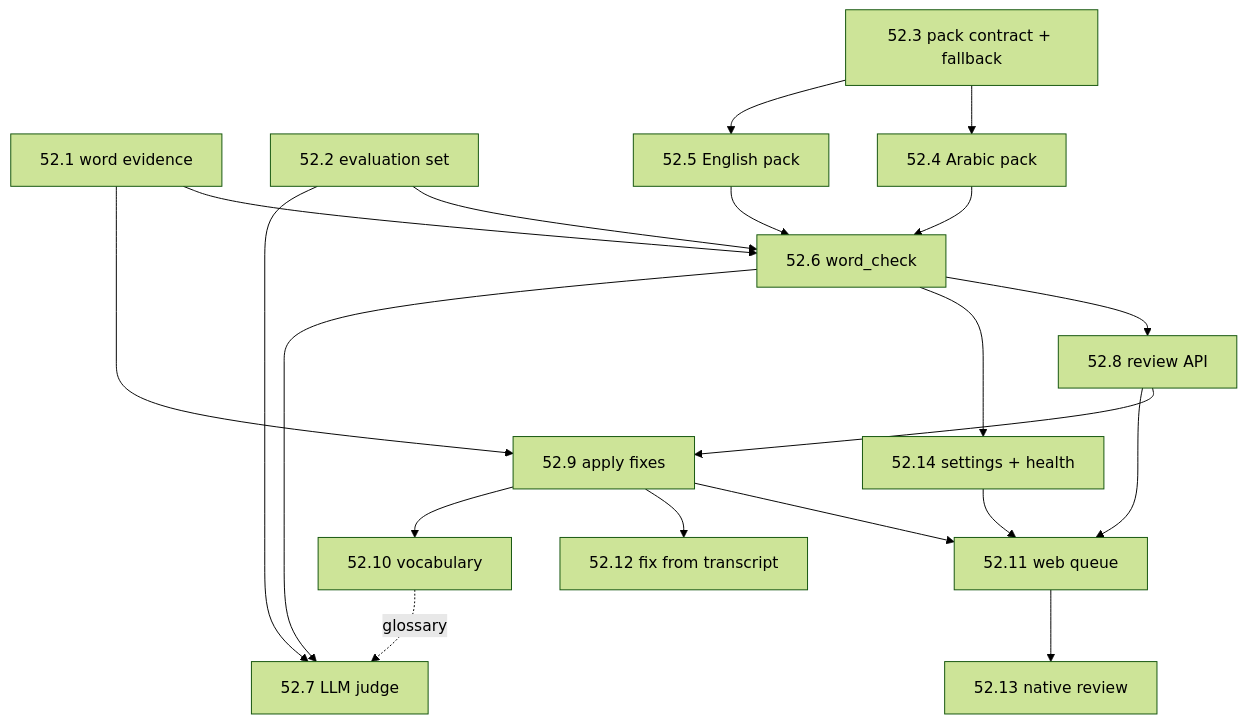
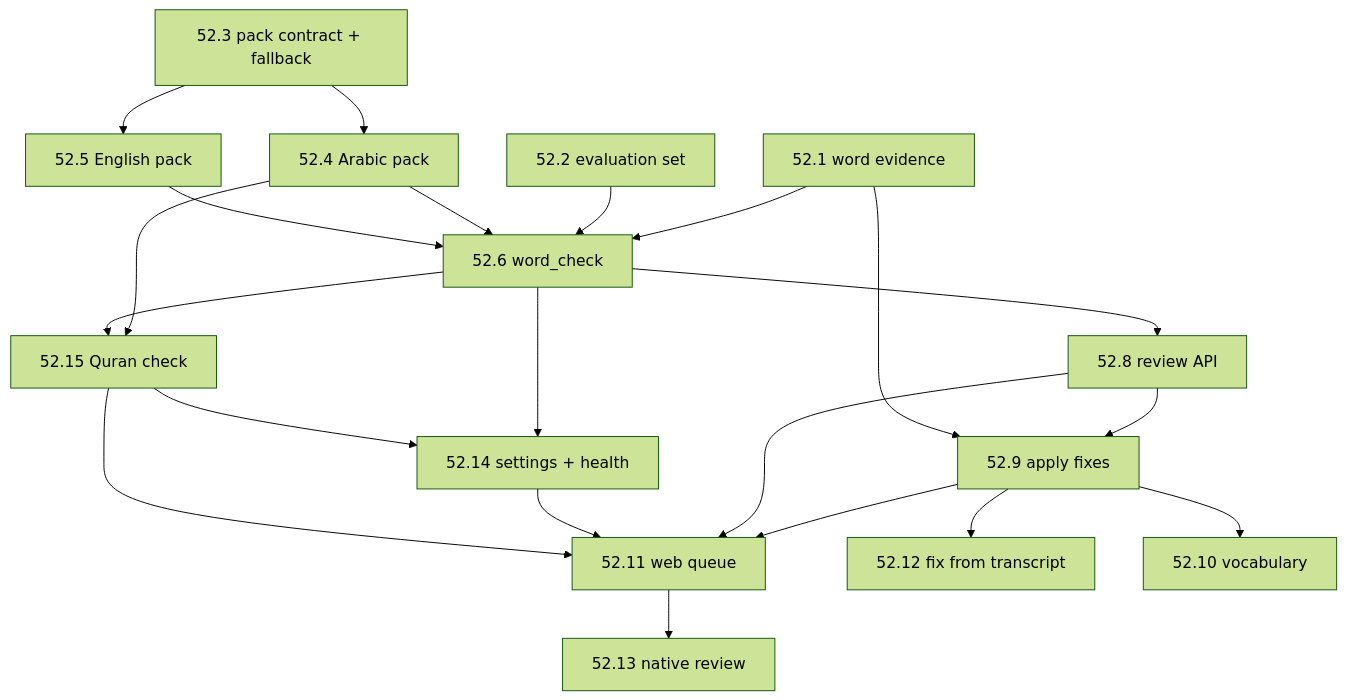
One commit to Hamza-Labs-Core/Maktaba changed the diagram in specs/epics/52-transcript-word-review/plan.md. Above: the diagram before and after it, drawn with Mermaid (forest theme). The commit also changed other lines of this file and 55 other files, not shown here.

````diff
--- a/specs/epics/52-transcript-word-review/plan.md
+++ b/specs/epics/52-transcript-word-review/plan.md
@@ -9,22 +9,23 @@
 ```mermaid
 graph TD
   S1[52.1 word evidence] --> S6[52.6 word_check]
   S2[52.2 evaluation set] --> S6
   S3[52.3 pack contract + fallback] --> S4[52.4 Arabic pack]
   S3 --> S5[52.5 English pack]
   S4 --> S6
   S5 --> S6
   S6 --> S8[52.8 review API]
   S6 --> S14[52.14 settings + health]
   S8 --> S9[52.9 apply fixes]
   S1 --> S9
   S9 --> S11[52.11 web queue]
   S8 --> S11
   S14 --> S11
   S9 --> S12[52.12 fix from transcript]
   S9 --> S10[52.10 vocabulary]
-  S6 --> S7[52.7 LLM judge]
-  S2 --> S7
-  S10 -.glossary.-> S7
+  S4 --> S15[52.15 Quran check]
+  S6 --> S15
+  S15 --> S11
+  S15 --> S14
   S11 --> S13[52.13 native review]
 ```
````
